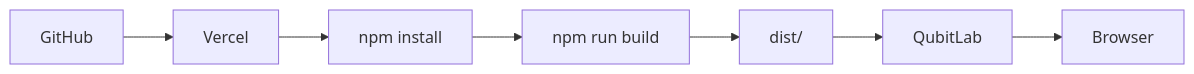
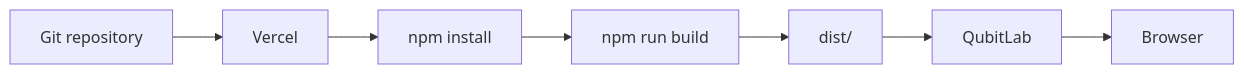
The fifth of 5 diagrams in README.md (chamanvashishth/Qubit_Lab), drawn with Mermaid before and after one commit. The commit also changed other lines of this file, not shown here.

````diff
--- a/README.md
+++ b/README.md
@@ -521,9 +508,9 @@
 ```mermaid
 flowchart LR
-    GITHUB[GitHub] --> VERCEL[Vercel]
+    GITHUB[Git repository] --> VERCEL[Vercel]
     VERCEL --> INSTALL[npm install]
     INSTALL --> BUILD[npm run build]
     BUILD --> DIST[dist/]
     DIST --> APP[QubitLab]
     APP --> USER[Browser]
 ```
````
